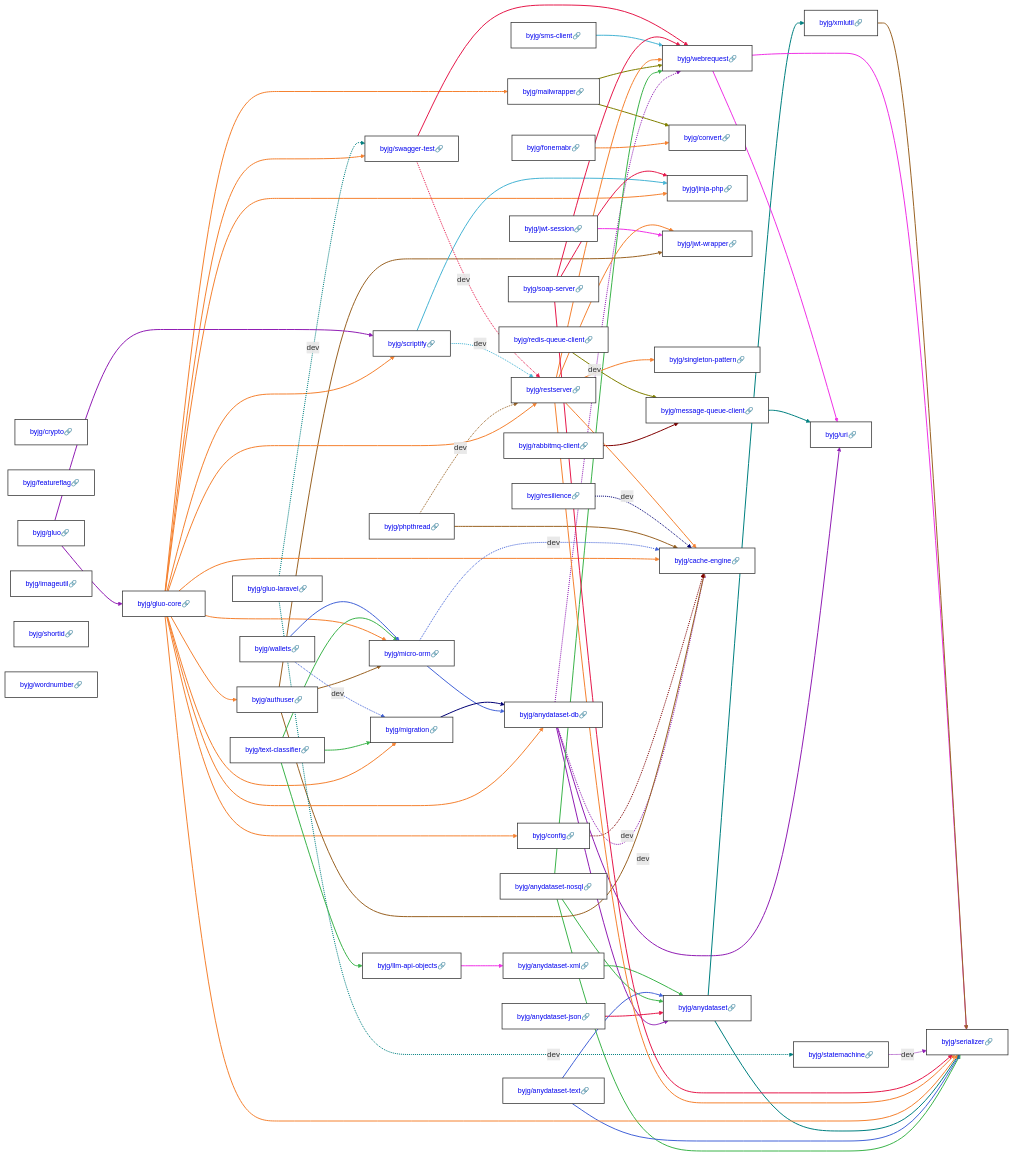
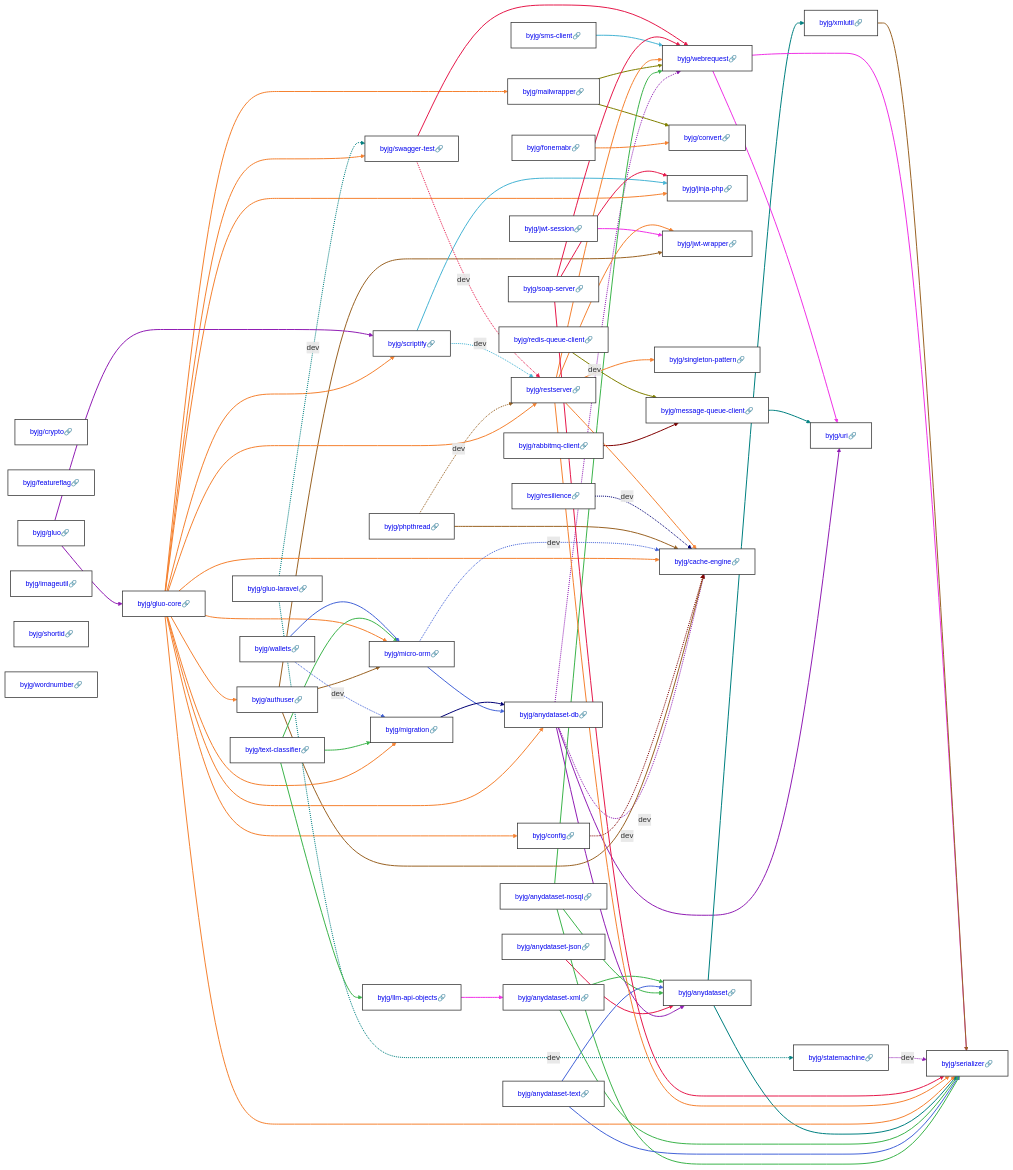
Before and after one commit to byjg/byjg.github.io: the diagram in docs/php/README.md, drawn with Mermaid. The commit also changed 3 other files, not shown here.

Commit message:
Update documentation 'php' 'php-anydataset-xml'

```diff
--- a/docs/php/README.md
+++ b/docs/php/README.md
@@ -62,6 +62,7 @@
   byjg/anydataset-text --> byjg/anydataset;
   byjg/anydataset-text --> byjg/serializer;
   byjg/anydataset-xml --> byjg/anydataset;
+  byjg/anydataset-xml --> byjg/serializer;
   byjg/anydataset --> byjg/serializer;
   byjg/anydataset --> byjg/xmlutil;
   byjg/authuser --> byjg/cache-engine;
@@ -131,13 +132,13 @@
   linkStyle 8 stroke:#4363d8,stroke-width:2px;
   linkStyle 9 stroke:#4363d8,stroke-width:2px;
   linkStyle 10 stroke:#3cb44b,stroke-width:2px;
-  linkStyle 11 stroke:#008080,stroke-width:2px;
+  linkStyle 11 stroke:#3cb44b,stroke-width:2px;
   linkStyle 12 stroke:#008080,stroke-width:2px;
-  linkStyle 13 stroke:#9a6324,stroke-width:2px;
+  linkStyle 13 stroke:#008080,stroke-width:2px;
   linkStyle 14 stroke:#9a6324,stroke-width:2px;
   linkStyle 15 stroke:#9a6324,stroke-width:2px;
-  linkStyle 16 stroke:#800000,stroke-width:2px;
-  linkStyle 17 stroke:#f58231,stroke-width:2px;
+  linkStyle 16 stroke:#9a6324,stroke-width:2px;
+  linkStyle 17 stroke:#800000,stroke-width:2px;
   linkStyle 18 stroke:#f58231,stroke-width:2px;
   linkStyle 19 stroke:#f58231,stroke-width:2px;
   linkStyle 20 stroke:#f58231,stroke-width:2px;
@@ -150,45 +151,46 @@
   linkStyle 27 stroke:#f58231,stroke-width:2px;
   linkStyle 28 stroke:#f58231,stroke-width:2px;
   linkStyle 29 stroke:#f58231,stroke-width:2px;
-  linkStyle 30 stroke:#008080,stroke-width:2px;
+  linkStyle 30 stroke:#f58231,stroke-width:2px;
   linkStyle 31 stroke:#008080,stroke-width:2px;
-  linkStyle 32 stroke:#911eb4,stroke-width:2px;
+  linkStyle 32 stroke:#008080,stroke-width:2px;
   linkStyle 33 stroke:#911eb4,stroke-width:2px;
-  linkStyle 34 stroke:#f032e6,stroke-width:2px;
+  linkStyle 34 stroke:#911eb4,stroke-width:2px;
   linkStyle 35 stroke:#f032e6,stroke-width:2px;
-  linkStyle 36 stroke:#808000,stroke-width:2px;
+  linkStyle 36 stroke:#f032e6,stroke-width:2px;
   linkStyle 37 stroke:#808000,stroke-width:2px;
-  linkStyle 38 stroke:#008080,stroke-width:2px;
-  linkStyle 39 stroke:#4363d8,stroke-width:2px;
+  linkStyle 38 stroke:#808000,stroke-width:2px;
+  linkStyle 39 stroke:#008080,stroke-width:2px;
   linkStyle 40 stroke:#4363d8,stroke-width:2px;
-  linkStyle 41 stroke:#000075,stroke-width:2px;
-  linkStyle 42 stroke:#9a6324,stroke-width:2px;
+  linkStyle 41 stroke:#4363d8,stroke-width:2px;
+  linkStyle 42 stroke:#000075,stroke-width:2px;
   linkStyle 43 stroke:#9a6324,stroke-width:2px;
-  linkStyle 44 stroke:#800000,stroke-width:2px;
-  linkStyle 45 stroke:#808000,stroke-width:2px;
-  linkStyle 46 stroke:#000075,stroke-width:2px;
-  linkStyle 47 stroke:#f58231,stroke-width:2px;
+  linkStyle 44 stroke:#9a6324,stroke-width:2px;
+  linkStyle 45 stroke:#800000,stroke-width:2px;
+  linkStyle 46 stroke:#808000,stroke-width:2px;
+  linkStyle 47 stroke:#000075,stroke-width:2px;
   linkStyle 48 stroke:#f58231,stroke-width:2px;
   linkStyle 49 stroke:#f58231,stroke-width:2px;
   linkStyle 50 stroke:#f58231,stroke-width:2px;
   linkStyle 51 stroke:#f58231,stroke-width:2px;
-  linkStyle 52 stroke:#46b4d4,stroke-width:2px;
+  linkStyle 52 stroke:#f58231,stroke-width:2px;
   linkStyle 53 stroke:#46b4d4,stroke-width:2px;
   linkStyle 54 stroke:#46b4d4,stroke-width:2px;
-  linkStyle 55 stroke:#e6194b,stroke-width:2px;
+  linkStyle 55 stroke:#46b4d4,stroke-width:2px;
   linkStyle 56 stroke:#e6194b,stroke-width:2px;
   linkStyle 57 stroke:#e6194b,stroke-width:2px;
-  linkStyle 58 stroke:#911eb4,stroke-width:2px;
-  linkStyle 59 stroke:#e6194b,stroke-width:2px;
+  linkStyle 58 stroke:#e6194b,stroke-width:2px;
+  linkStyle 59 stroke:#911eb4,stroke-width:2px;
   linkStyle 60 stroke:#e6194b,stroke-width:2px;
-  linkStyle 61 stroke:#3cb44b,stroke-width:2px;
+  linkStyle 61 stroke:#e6194b,stroke-width:2px;
   linkStyle 62 stroke:#3cb44b,stroke-width:2px;
   linkStyle 63 stroke:#3cb44b,stroke-width:2px;
-  linkStyle 64 stroke:#4363d8,stroke-width:2px;
+  linkStyle 64 stroke:#3cb44b,stroke-width:2px;
   linkStyle 65 stroke:#4363d8,stroke-width:2px;
-  linkStyle 66 stroke:#f032e6,stroke-width:2px;
+  linkStyle 66 stroke:#4363d8,stroke-width:2px;
   linkStyle 67 stroke:#f032e6,stroke-width:2px;
-  linkStyle 68 stroke:#9a6324,stroke-width:2px;
+  linkStyle 68 stroke:#f032e6,stroke-width:2px;
+  linkStyle 69 stroke:#9a6324,stroke-width:2px;
   classDef default fill:#ffffff,stroke:#333,stroke-width:1.5px,color:#000,font-size:14px;
   classDef highlight fill:#ffef96,stroke:#ff9900,stroke-width:3px;
   classDef deprecated fill:#f8f8f8,stroke:#cccccc,stroke-dasharray: 5 5,stroke-width:1px,color:#999;
```
